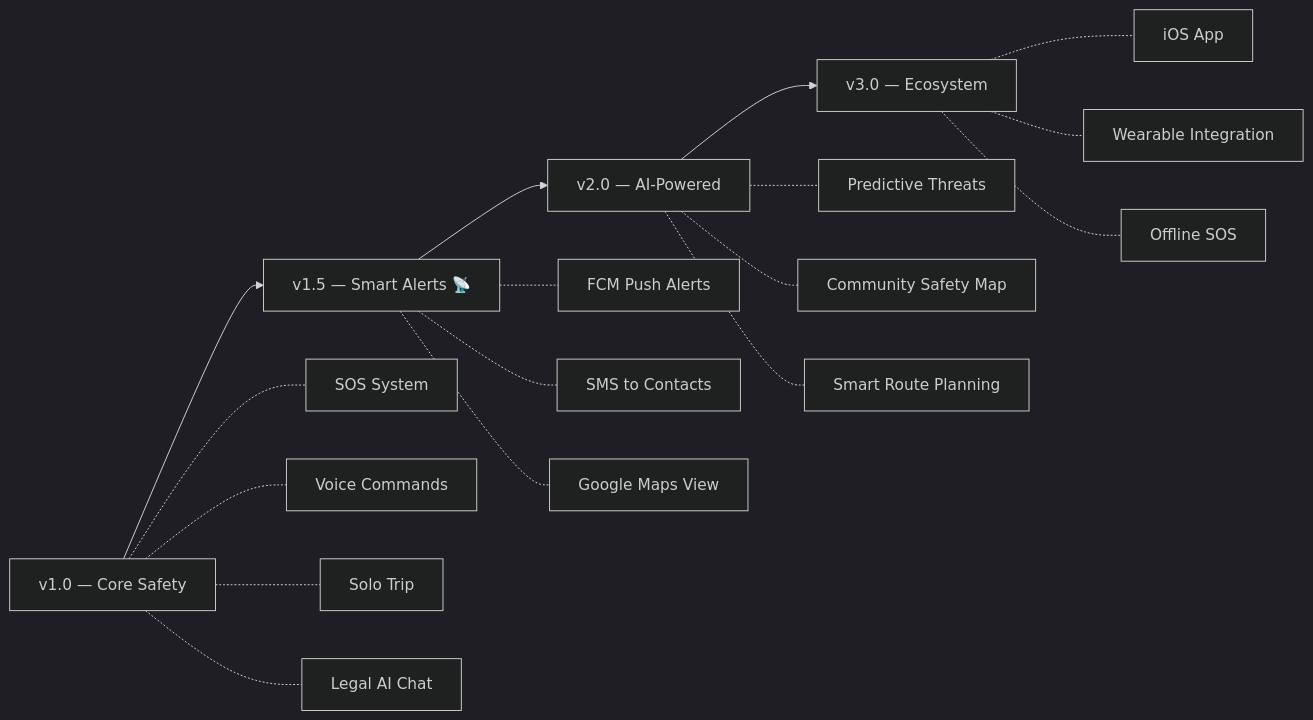
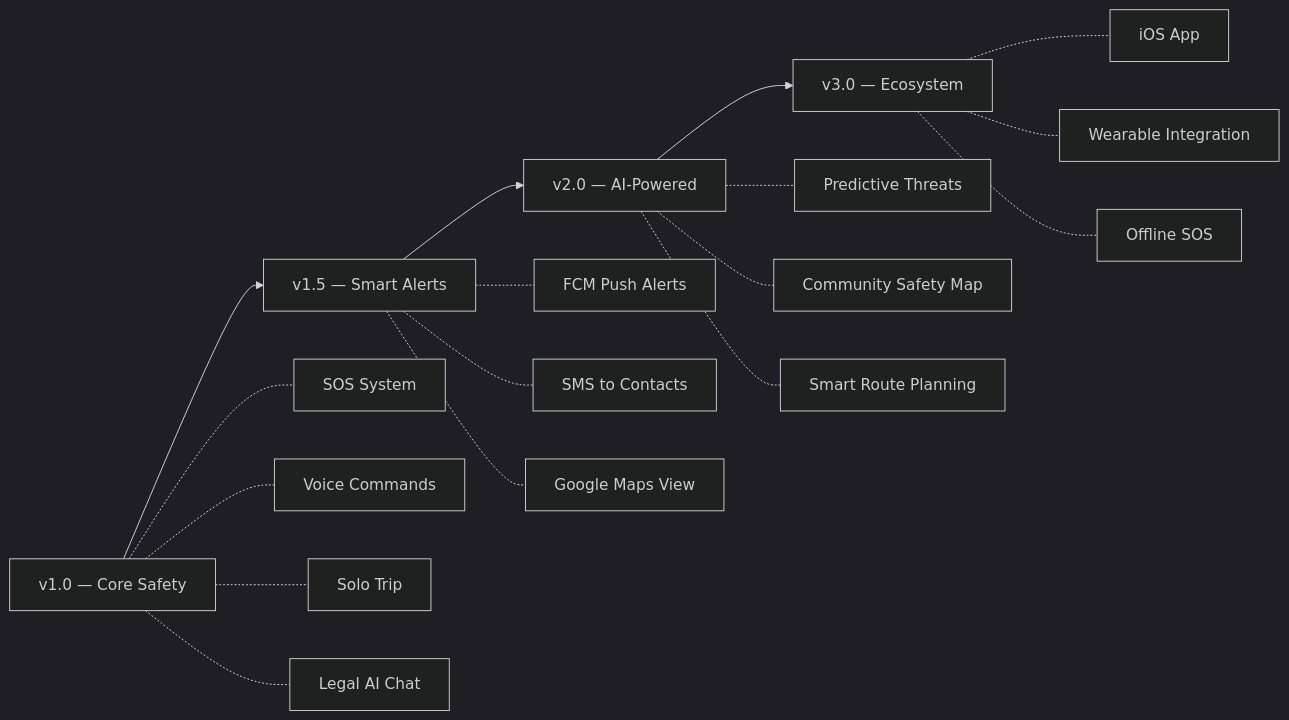
Before and after one commit to GangaNimesh/Durga: the diagram in README.md, drawn with Mermaid (dark theme).

````diff
--- a/README.md
+++ b/README.md
@@ -563,23 +563,23 @@
 ```mermaid
 graph LR
-    A["v1.0 — Core Safety "] --> B["v1.5 — Smart Alerts 📡"]
+    A["v1.0 — Core Safety "] --> B["v1.5 — Smart Alerts "]
     B --> C["v2.0 — AI-Powered "]
     C --> D["v3.0 — Ecosystem "]
 
     A -.- A1["SOS System "]
     A -.- A2["Voice Commands "]
     A -.- A3["Solo Trip "]
     A -.- A4["Legal AI Chat "]
 
     B -.- B1["FCM Push Alerts "]
     B -.- B2["SMS to Contacts "]
     B -.- B3["Google Maps View "]
 
     C -.- C1["Predictive Threats "]
     C -.- C2["Community Safety Map "]
     C -.- C3["Smart Route Planning "]
 
     D -.- D1["iOS App "]
     D -.- D2["Wearable Integration "]
     D -.- D3["Offline SOS "]
 ```
````
